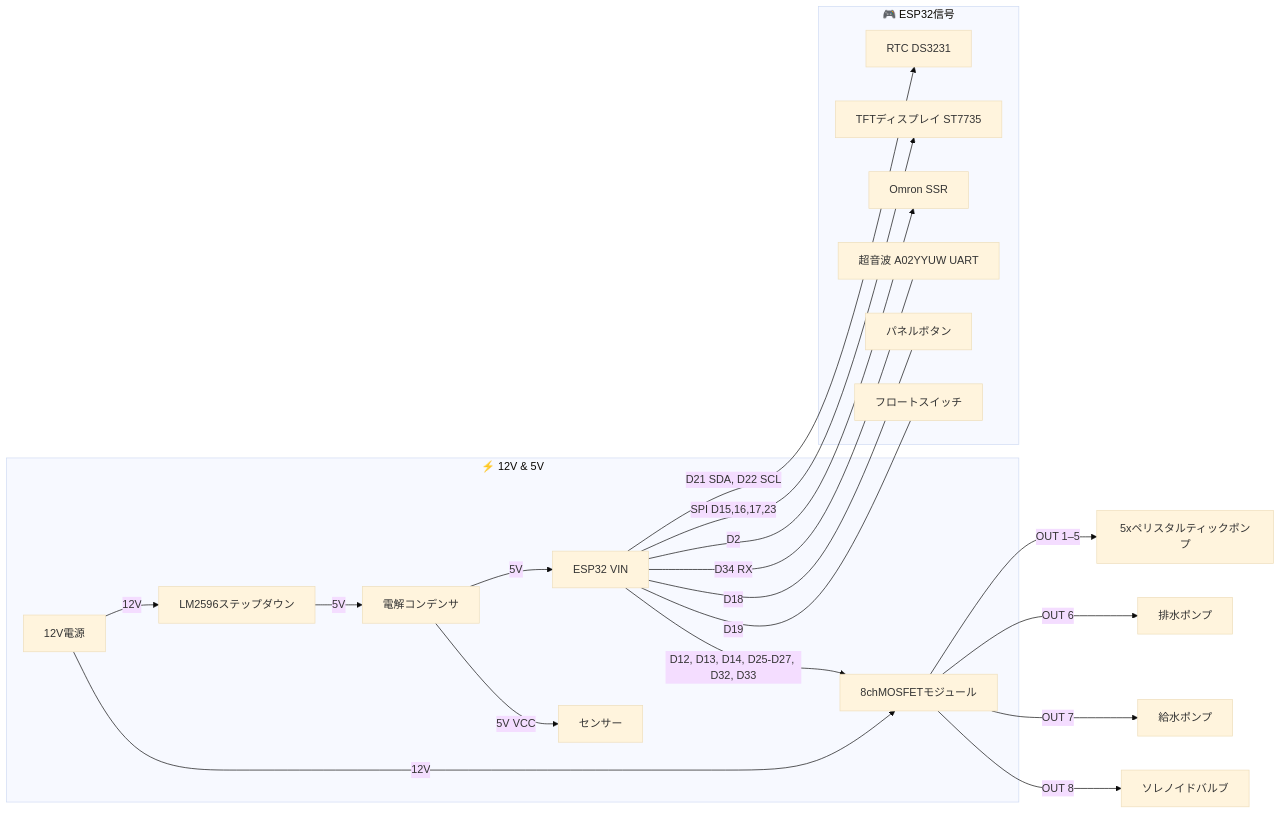
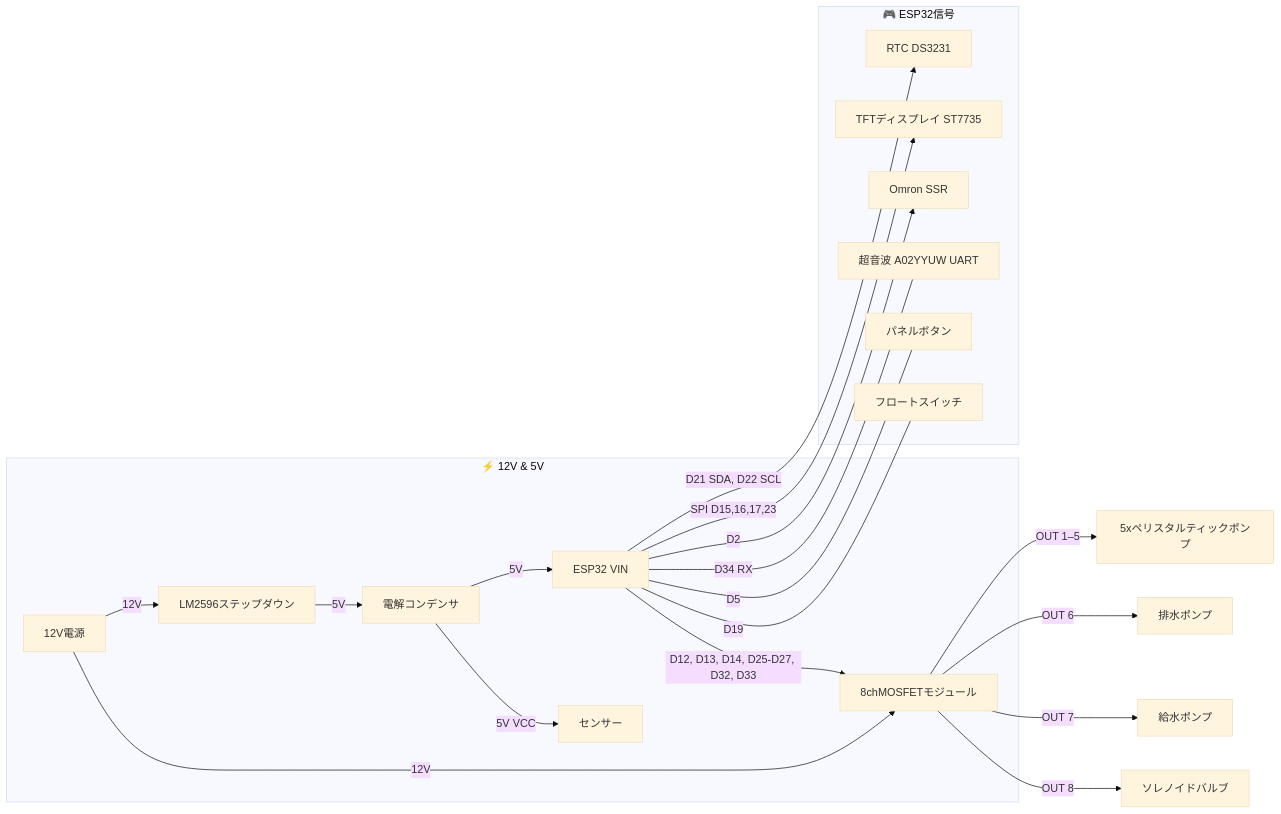
The second of 2 diagrams in README.ja.md (PhilipeGatis/IARA), drawn with Mermaid (base theme) before and after one commit. The commit also changed other lines of this file and 7 other files, not shown here.

````diff
--- a/README.ja.md
+++ b/README.ja.md
@@ -112,25 +112,25 @@
 ```mermaid
 graph LR
   subgraph Power [⚡ 12V & 5V]
     PSU[12V電源] -->|12V| MOSFET[8chMOSFETモジュール]
     PSU -->|12V| LM2596[LM2596ステップダウン]
     LM2596 -->|5V| Cap[電解コンデンサ]
     Cap -->|5V| ESP32[ESP32 VIN]
     Cap -->|5V VCC| SENS[センサー]
   end
 
   subgraph Signals [🎮 ESP32信号]
     ESP32 -->|D21 SDA, D22 SCL| I2C[RTC DS3231]
     ESP32 -->|SPI D15,16,17,23| TFT[TFTディスプレイ ST7735]
     ESP32 -->|D12, D13, D14, D25-D27, D32, D33| MOSFET
     ESP32 -->|D2| SSR[Omron SSR]
     ESP32 ---|D34 RX| Ultra[超音波 A02YYUW UART]
-    ESP32 ---|D18| Button[パネルボタン]
+    ESP32 ---|D5| Button[パネルボタン]
     ESP32 ---|D19| Float[フロートスイッチ]
   end
 
   MOSFET -->|OUT 1–5| Peristaltic[5xペリスタルティックポンプ]
   MOSFET -->|OUT 6| Drain[排水ポンプ]
   MOSFET -->|OUT 7| Refill[給水ポンプ]
   MOSFET -->|OUT 8| Solenoid[ソレノイドバルブ]
 ```
````
